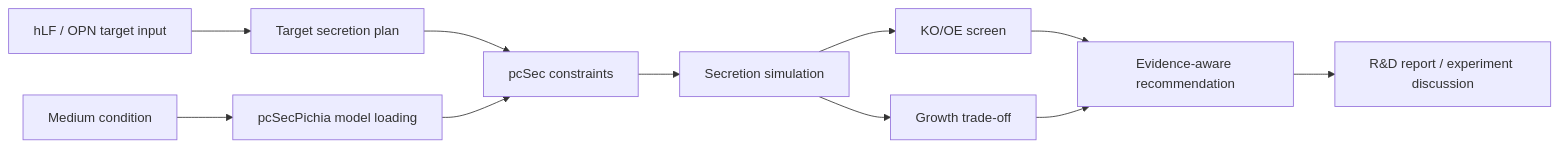
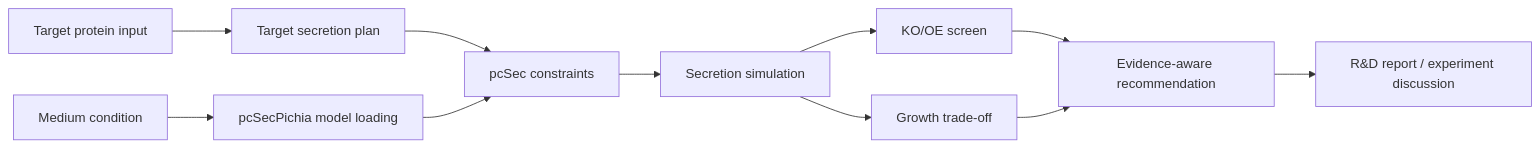
One commit to 77652189/pcSecYeastSpecies changed the first of 2 diagrams in README.md. Above: the diagram before and after it, drawn with Mermaid. The commit also changed other lines of this file and 11 other files, not shown here.

First line of the commit message:
docs: remove target-protein names from public docs, stop tracking archive

````diff
--- a/README.md
+++ b/README.md
@@ -45,13 +45,13 @@
 ```mermaid
 flowchart LR
-    A["hLF / OPN target input"] --> B["Target secretion plan"]
+    A["Target protein input"] --> B["Target secretion plan"]
     C["Medium condition"] --> D["pcSecPichia model loading"]
     B --> E["pcSec constraints"]
     D --> E
     E --> F["Secretion simulation"]
     F --> G["Growth trade-off"]
     F --> H["KO/OE screen"]
     H --> I["Evidence-aware recommendation"]
     G --> I
     I --> J["R&D report / experiment discussion"]
 ```
````
